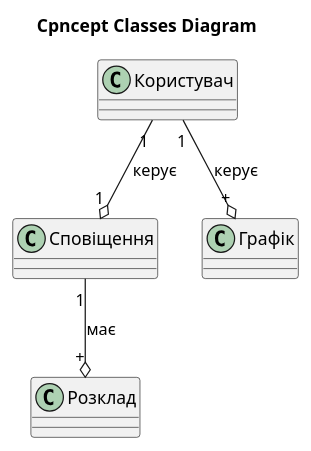
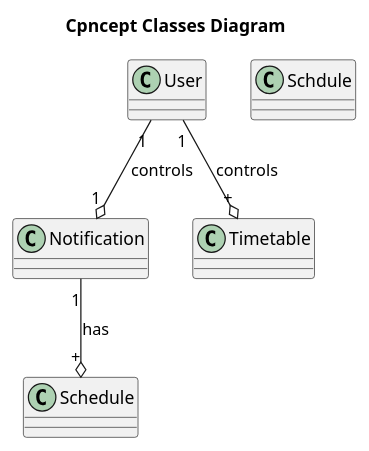
One commit to oleksandrblazhko/ai-212-zelinska changed the diagram in 2-SoftwareDesign/2.7-PlantUML/UML-ConceptClasses.puml. Above: the diagram before and after it, drawn with PlantUML.

```diff
--- a/2-SoftwareDesign/2.7-PlantUML/UML-ConceptClasses.puml
+++ b/2-SoftwareDesign/2.7-PlantUML/UML-ConceptClasses.puml
@@ -1,13 +1,13 @@
 @startuml
 
 title Cpncept Classes Diagram 
 
-Class Користувач
-Class Сповіщення
-Class Розклад
-Class Графік
+Class User
+Class Notification
+Class Schdule
+Class Timetable
 
-Користувач"1" --o "1"Сповіщення: керує
-Сповіщення"1" --o "+"Розклад: має
-Користувач"1" --o "+"Графік: керує
+User"1" --o "1"Notification: controls
+Notification"1" --o "+"Schedule: has
+User"1" --o "+"Timetable: controls
 @enduml
```
